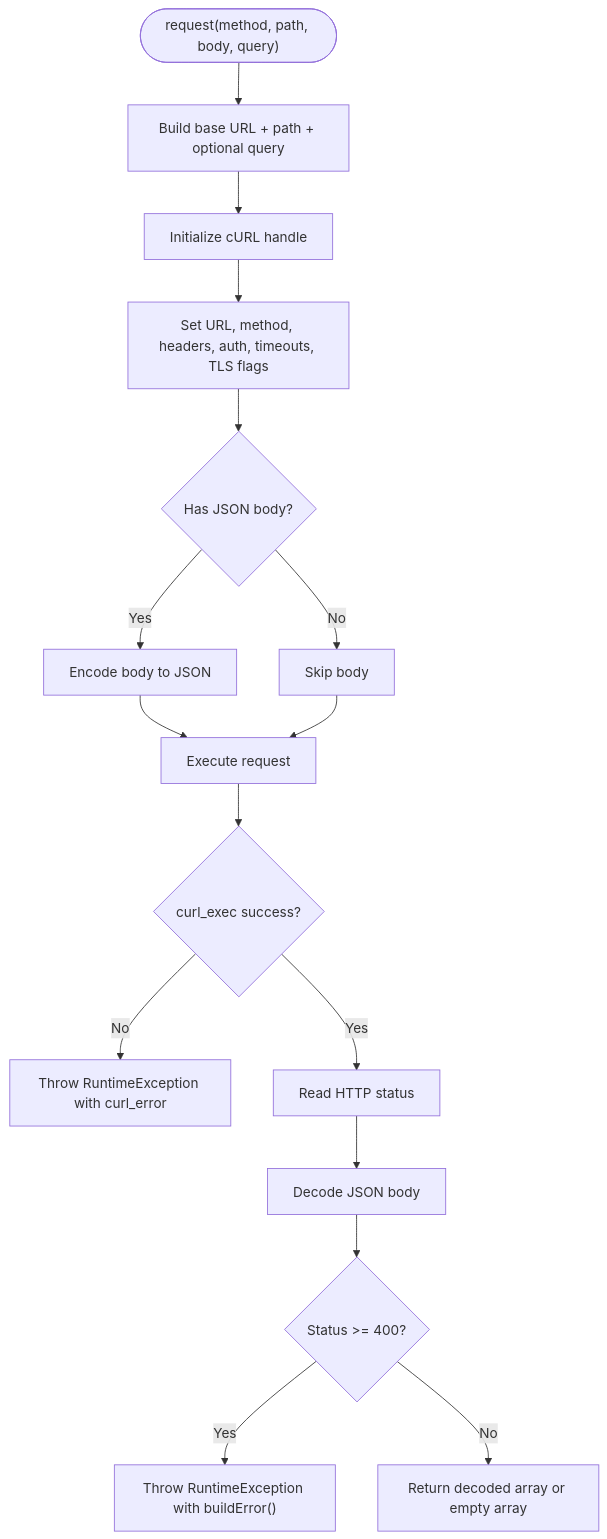
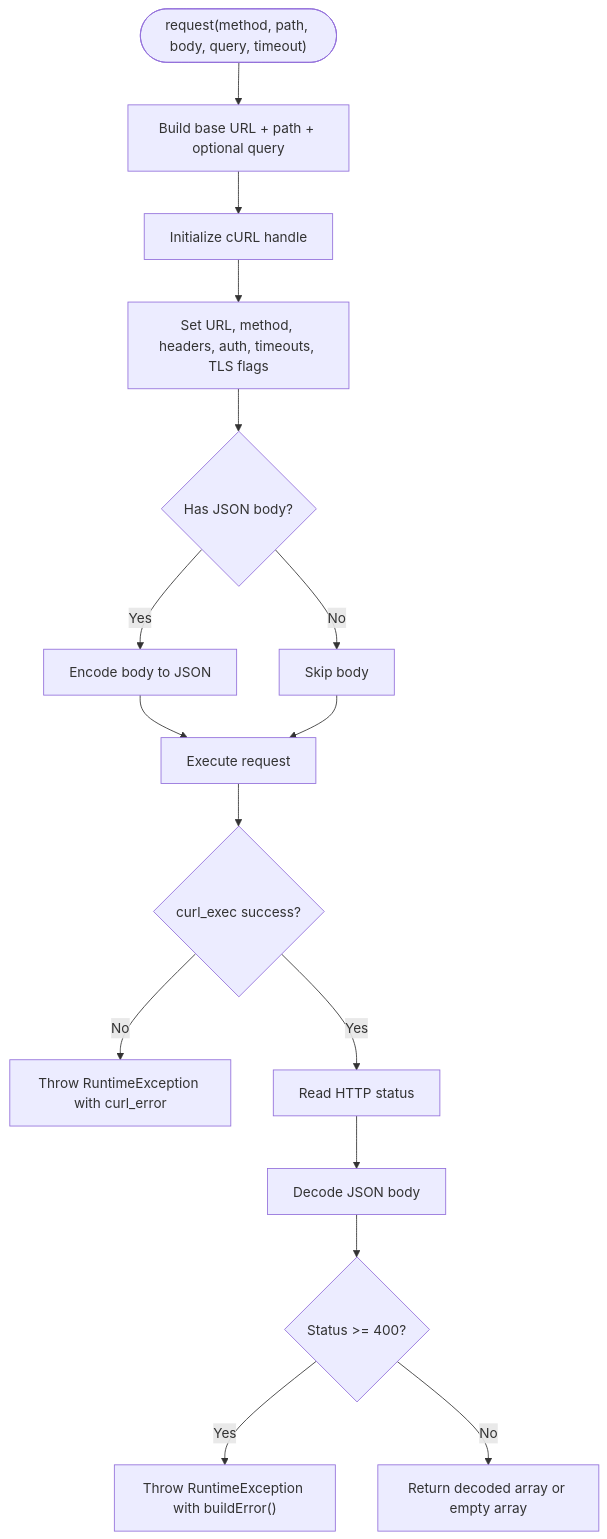
The fourth of 6 diagrams in .qoder/repowiki/en/content/RouterOS Integration/REST API Client.md (Djnirds1984/MT-CONTROLLER-PISOWIFI), drawn with Mermaid before and after one commit. The commit also changed other lines of this file and 45 other files, not shown here.

````diff
--- a/.qoder/repowiki/en/content/RouterOS Integration/REST API Client.md
+++ b/.qoder/repowiki/en/content/RouterOS Integration/REST API Client.md
@@ -198,18 +219,18 @@
 ```mermaid
 flowchart TD
-Start(["request(method, path, body, query)"]) --> BuildUrl["Build base URL + path + optional query"]
+Start(["request(method, path, body, query, timeout)"]) --> BuildUrl["Build base URL + path + optional query"]
 BuildUrl --> InitCurl["Initialize cURL handle"]
 InitCurl --> SetOptions["Set URL, method, headers, auth, timeouts, TLS flags"]
 SetOptions --> HasBody{"Has JSON body?"}
 HasBody --> |Yes| EncodeBody["Encode body to JSON"]
 HasBody --> |No| SkipBody["Skip body"]
 EncodeBody --> Exec["Execute request"]
 SkipBody --> Exec
 Exec --> CheckExec{"curl_exec success?"}
 CheckExec --> |No| ThrowTransport["Throw RuntimeException with curl_error"]
 CheckExec --> |Yes| ReadStatus["Read HTTP status"]
 ReadStatus --> Decode["Decode JSON body"]
 Decode --> StatusCheck{"Status >= 400?"}
 StatusCheck --> |Yes| ThrowHttp["Throw RuntimeException with buildError()"]
 StatusCheck --> |No| ReturnDecoded["Return decoded array or empty array"]
 ```
````
